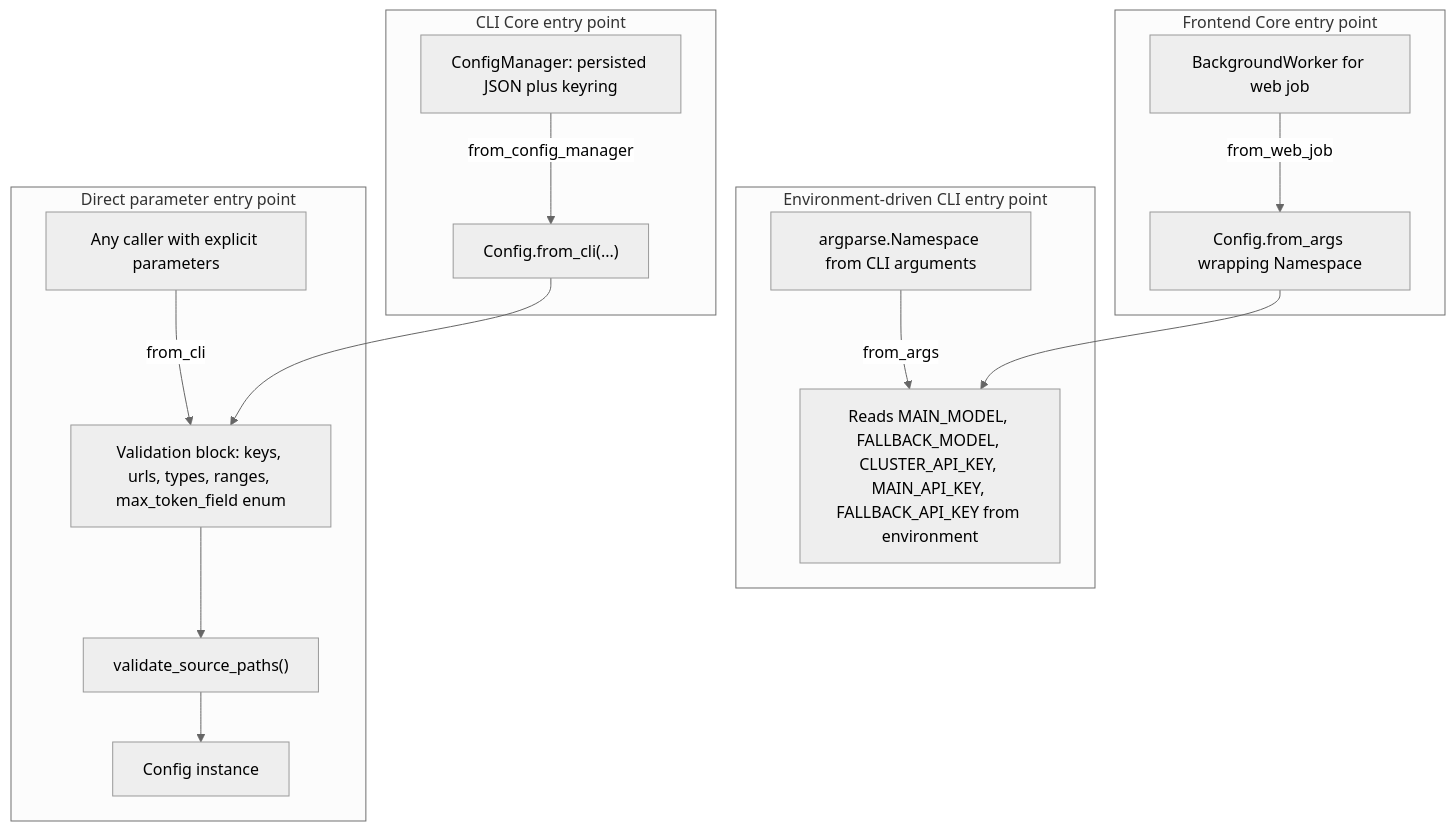
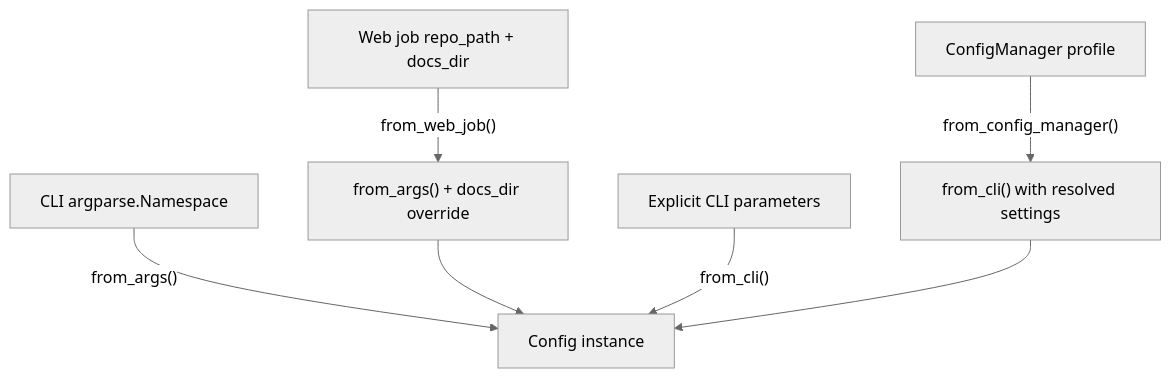
Before and after one commit to flamingo-stack/CodeWiki: the second of 5 diagrams in docs/reference/architecture/config-core/config-core.md, drawn with Mermaid (neutral theme). The commit also changed other lines of this file and 275 other files, not shown here.

````diff
--- a/docs/reference/architecture/config-core/config-core.md
+++ b/docs/reference/architecture/config-core/config-core.md
@@ -144,23 +87,9 @@
 ```mermaid
 flowchart TD
-    subgraph CLIFlow["CLI Core entry point"]
-        CM["ConfigManager: persisted JSON plus keyring"]
-        CM -->|"from_config_manager"| FC1["Config.from_cli(...)"]
-    end
-    subgraph WebFlow["Frontend Core entry point"]
-        BW["BackgroundWorker for web job"]
-        BW -->|"from_web_job"| FA1["Config.from_args wrapping Namespace"]
-    end
-    subgraph EnvFlow["Environment-driven CLI entry point"]
-        ArgParse["argparse.Namespace from CLI arguments"]
-        ArgParse -->|"from_args"| FA2["Reads MAIN_MODEL, FALLBACK_MODEL, CLUSTER_API_KEY, MAIN_API_KEY, FALLBACK_API_KEY from environment"]
-    end
-    subgraph DirectFlow["Direct parameter entry point"]
-        Caller["Any caller with explicit parameters"]
-        Caller -->|"from_cli"| Validate["Validation block: keys, urls, types, ranges, max_token_field enum"]
-        Validate --> VSP["validate_source_paths()"]
-        VSP --> Instance["Config instance"]
-    end
-    FA1 --> FA2
-    FC1 --> Validate
+    CLIArgs["CLI argparse.Namespace"] -->|"from_args()"| ConfigObj["Config instance"]
+    WebJob["Web job repo_path + docs_dir"] -->|"from_web_job()"| FromArgsInternal["from_args() + docs_dir override"]
+    FromArgsInternal --> ConfigObj
+    ExplicitParams["Explicit CLI parameters"] -->|"from_cli()"| ConfigObj
+    Manager["ConfigManager profile"] -->|"from_config_manager()"| FromCliInternal["from_cli() with resolved settings"]
+    FromCliInternal --> ConfigObj
 ```
````
